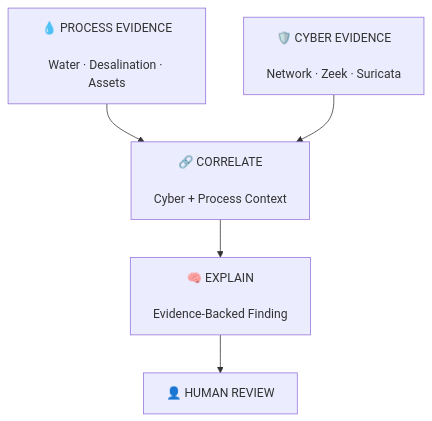
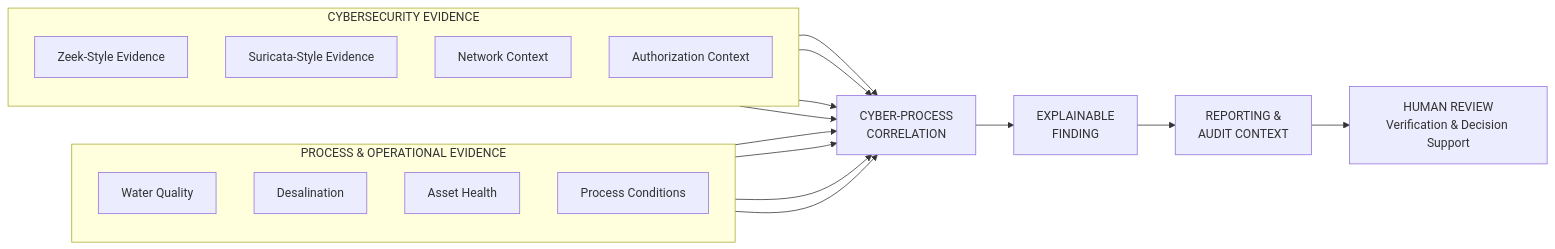
The first of 8 diagrams in README.md (HaziqBinAfzal/AquaVigil), drawn with Mermaid before and after one commit. The commit also changed other lines of this file, not shown here.

````diff
--- a/README.md
+++ b/README.md
@@ -99,18 +91,41 @@
 ```mermaid
-flowchart TB
+flowchart LR
 
-    A["💧 PROCESS EVIDENCE<br/><br/>Water · Desalination · Assets"]
+    subgraph PROCESS["PROCESS & OPERATIONAL EVIDENCE"]
+        direction TB
+        W["Water Quality"]
+        D["Desalination"]
+        A["Asset Health"]
+        P["Process Conditions"]
+    end
 
-    B["🛡️ CYBER EVIDENCE<br/><br/>Network · Zeek · Suricata"]
+    subgraph CYBER["CYBERSECURITY EVIDENCE"]
+        direction TB
+        Z["Zeek-Style Evidence"]
+        S["Suricata-Style Evidence"]
+        N["Network Context"]
+        AU["Authorization Context"]
+    end
 
-    C["🔗 CORRELATE<br/><br/>Cyber + Process Context"]
+    CORR["CYBER-PROCESS<br/>CORRELATION"]
 
-    D["🧠 EXPLAIN<br/><br/>Evidence-Backed Finding"]
+    FIND["EXPLAINABLE<br/>FINDING"]
 
-    E["👤 HUMAN REVIEW"]
+    REPORT["REPORTING &<br/>AUDIT CONTEXT"]
 
-    A --> C
-    B --> C
-    C --> D
-    D --> E
+    HUMAN["HUMAN REVIEW<br/>Verification & Decision Support"]
+
+    W --> CORR
+    D --> CORR
+    A --> CORR
+    P --> CORR
+
+    Z --> CORR
+    S --> CORR
+    N --> CORR
+    AU --> CORR
+
+    CORR --> FIND
+    FIND --> REPORT
+    REPORT --> HUMAN
 ```
````
